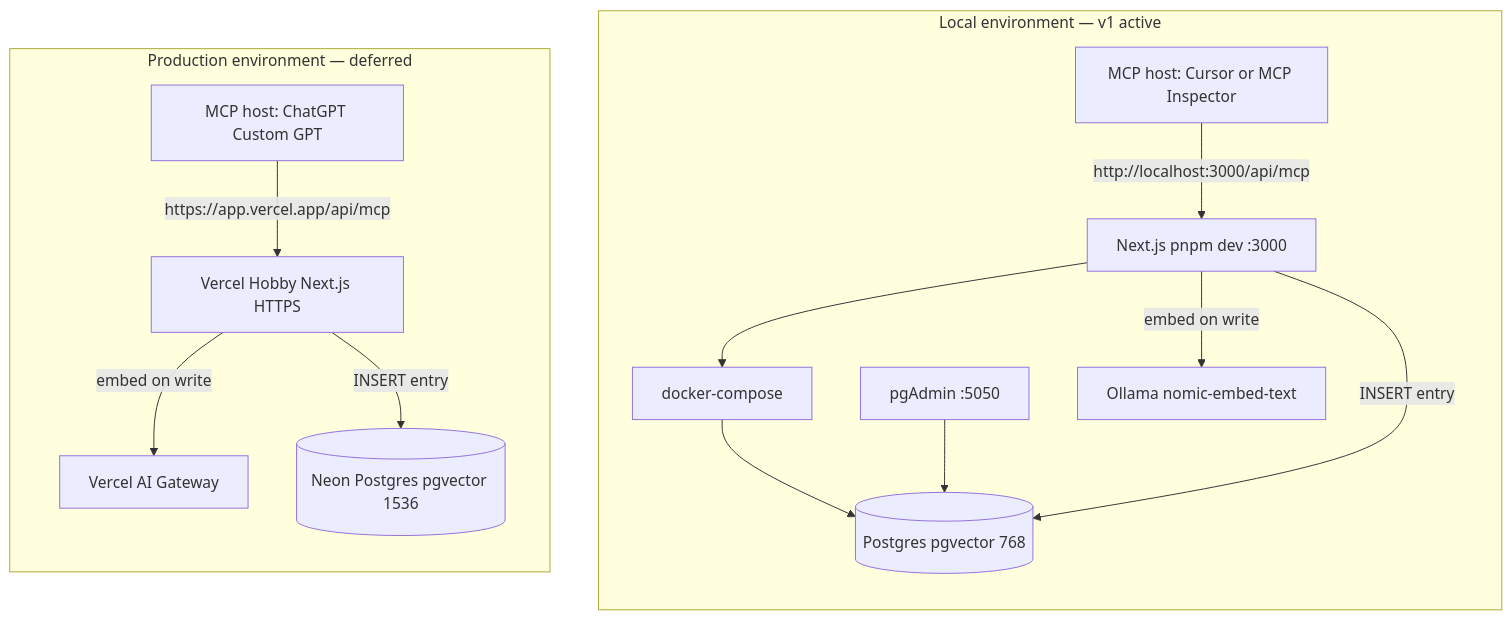
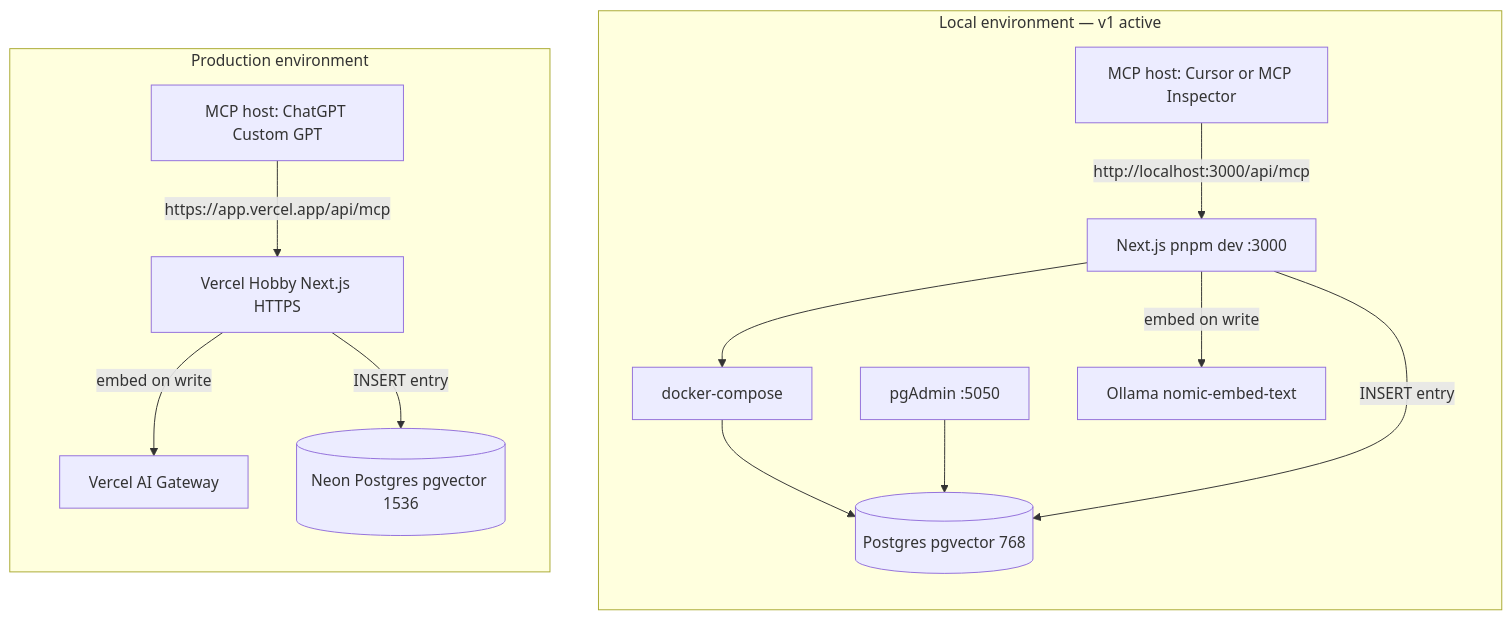
Before and after one commit to roussakov/journal: the first of 6 diagrams in ARCHITECTURE.md, drawn with Mermaid. The commit also changed other lines of this file and 3 other files, not shown here.

First line of the commit message:
docs: stop referring to production as deferred (#4)

````diff
--- a/ARCHITECTURE.md
+++ b/ARCHITECTURE.md
@@ -9,31 +9,31 @@
 ```mermaid
 flowchart TB
   subgraph localEnv [Local environment — v1 active]
     direction TB
     LocalHost["MCP host: Cursor or MCP Inspector"]
     LocalApp["Next.js pnpm dev :3000"]
     LocalDocker["docker-compose"]
     LocalPG[(Postgres pgvector 768)]
     LocalOllama[Ollama nomic-embed-text]
     LocalPgAdmin[pgAdmin :5050]
 
     LocalHost -->|"http://localhost:3000/api/mcp"| LocalApp
     LocalApp --> LocalDocker
     LocalDocker --> LocalPG
     LocalPgAdmin --> LocalPG
     LocalApp -->|"embed on write"| LocalOllama
     LocalApp -->|"INSERT entry"| LocalPG
   end
 
-  subgraph prodEnv [Production environment — deferred]
+  subgraph prodEnv [Production environment]
     direction TB
     ProdHost["MCP host: ChatGPT Custom GPT"]
     ProdApp["Vercel Hobby Next.js HTTPS"]
     ProdNeon[(Neon Postgres pgvector 1536)]
     ProdGateway["Vercel AI Gateway"]
 
     ProdHost -->|"https://app.vercel.app/api/mcp"| ProdApp
     ProdApp -->|"embed on write"| ProdGateway
     ProdApp -->|"INSERT entry"| ProdNeon
   end
 ```
````
